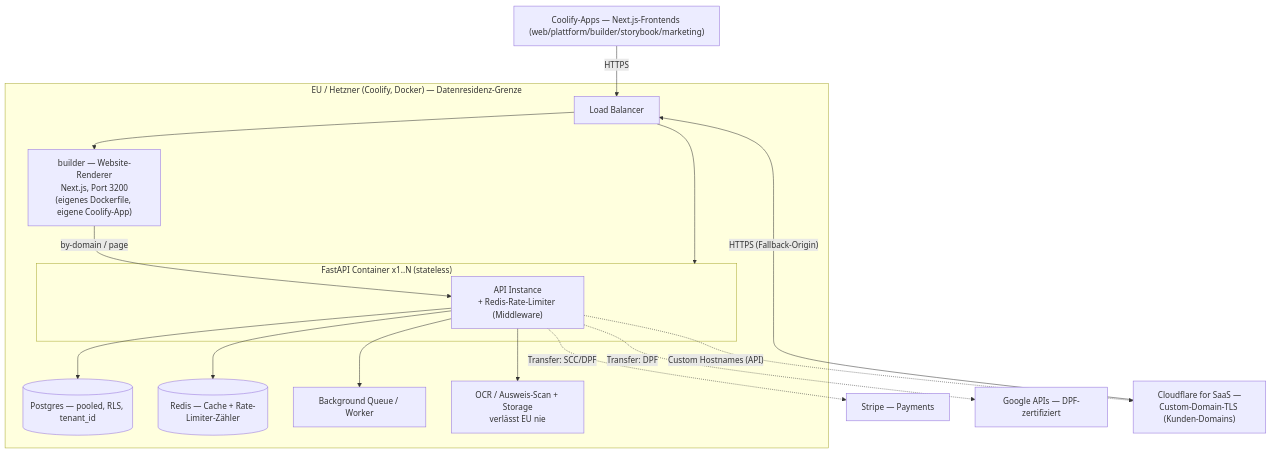
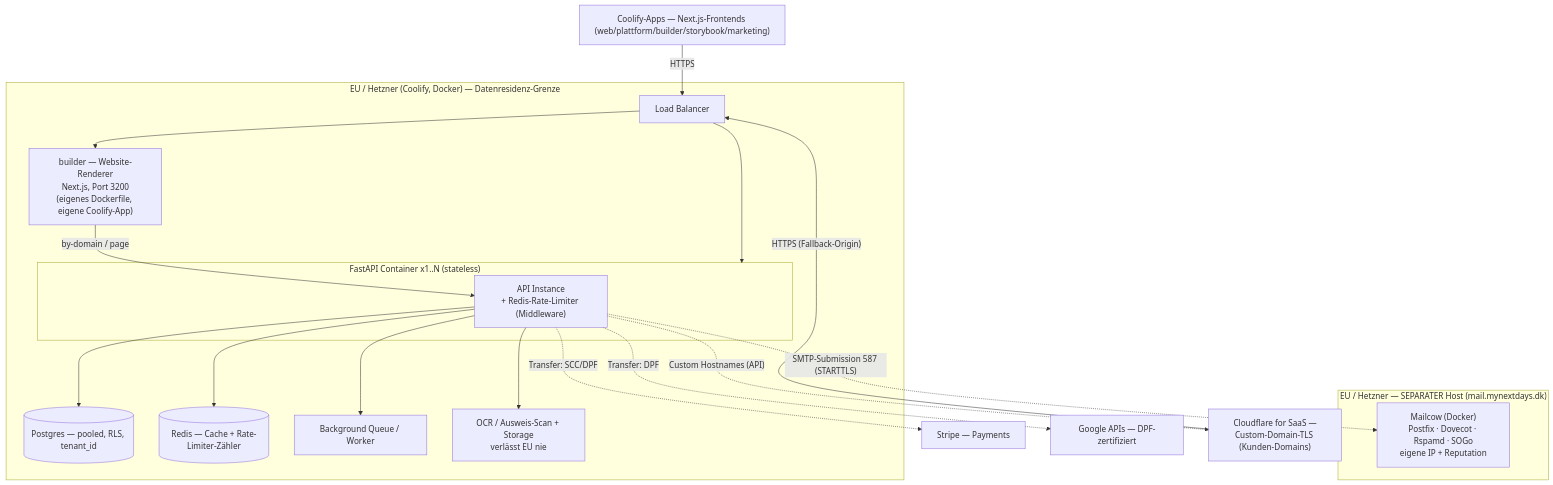
Diagram 14 of 17 in docs/ARCHITECTURE.md (Andy1234567890-cmyk/NextDays), drawn with Mermaid before and after one commit. The commit also changed other lines of this file and 12 other files, not shown here.

First line of the commit message:
feat(mail): eigener Mailcow-SMTP-Server + Transaktions-Versand

````diff
--- a/docs/ARCHITECTURE.md
+++ b/docs/ARCHITECTURE.md
@@ -1011,32 +1015,37 @@
 ```mermaid
 flowchart TB
     subgraph EU["EU / Hetzner (Coolify, Docker) — Datenresidenz-Grenze"]
         LB["Load Balancer"]
         subgraph APP["FastAPI Container x1..N (stateless)"]
             A1["API Instance<br/>+ Redis-Rate-Limiter (Middleware)"]
         end
         BLD["builder — Website-Renderer<br/>Next.js, Port 3200<br/>(eigenes Dockerfile, eigene Coolify-App)"]
         DB[("Postgres — pooled, RLS, tenant_id")]
         RD[("Redis — Cache + Rate-Limiter-Zähler")]
         Q["Background Queue / Worker"]
         OCR["OCR / Ausweis-Scan + Storage<br/>verlässt EU nie"]
         LB --> APP
         LB --> BLD
         BLD -->|"by-domain / page"| A1
         A1 --> DB
         A1 --> RD
         A1 --> Q
         A1 --> OCR
     end
 
+    subgraph MAILHOST["EU / Hetzner — SEPARATER Host (mail.mynextdays.dk)"]
+        MAILCOW["Mailcow (Docker)<br/>Postfix · Dovecot · Rspamd · SOGo<br/>eigene IP + Reputation"]
+    end
+
     FRONTS["Coolify-Apps — Next.js-Frontends (web/plattform/builder/storybook/marketing)"]
     STRIPE["Stripe — Payments"]
     GOOG["Google APIs — DPF-zertifiziert"]
     CFSAAS["Cloudflare for SaaS —<br/>Custom-Domain-TLS (Kunden-Domains)"]
 
     FRONTS -->|HTTPS| LB
     CFSAAS -->|"HTTPS (Fallback-Origin)"| LB
+    A1 -.->|"SMTP-Submission 587 (STARTTLS)"| MAILCOW
     A1 -.->|"Custom Hostnames (API)"| CFSAAS
     A1 -.->|"Transfer: SCC/DPF"| STRIPE
     A1 -.->|"Transfer: DPF"| GOOG
 ```
````
